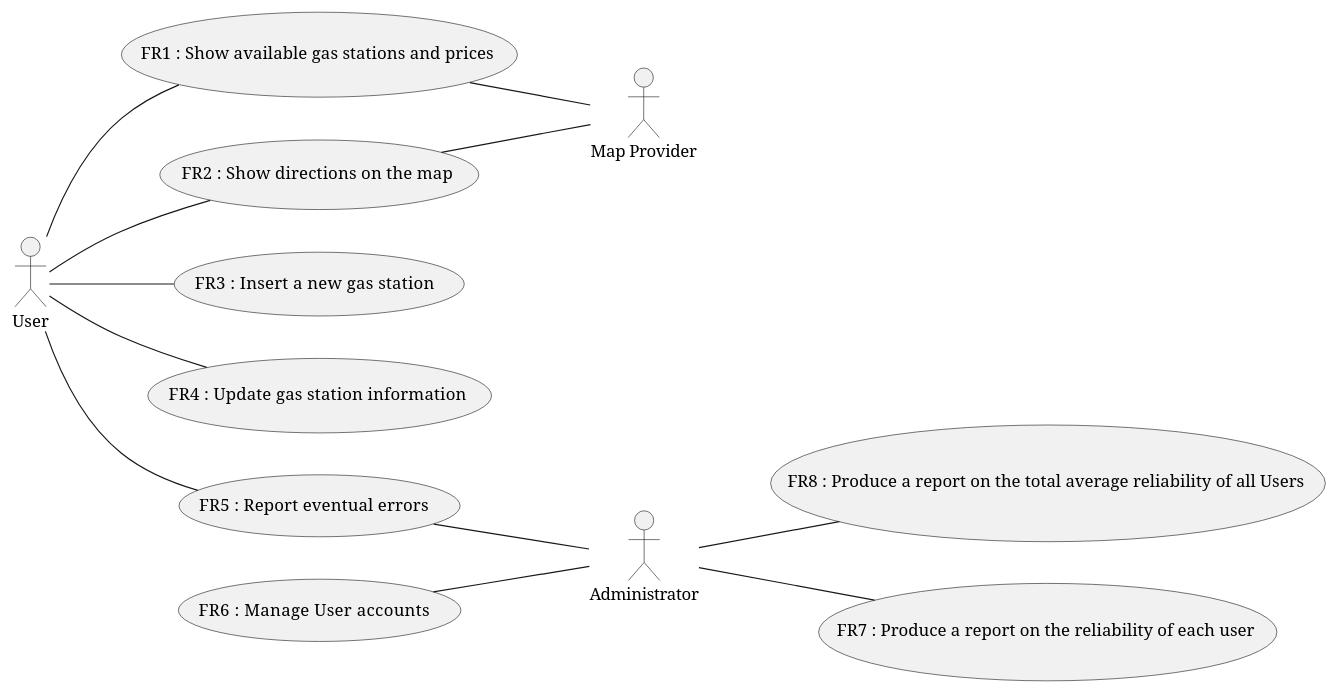
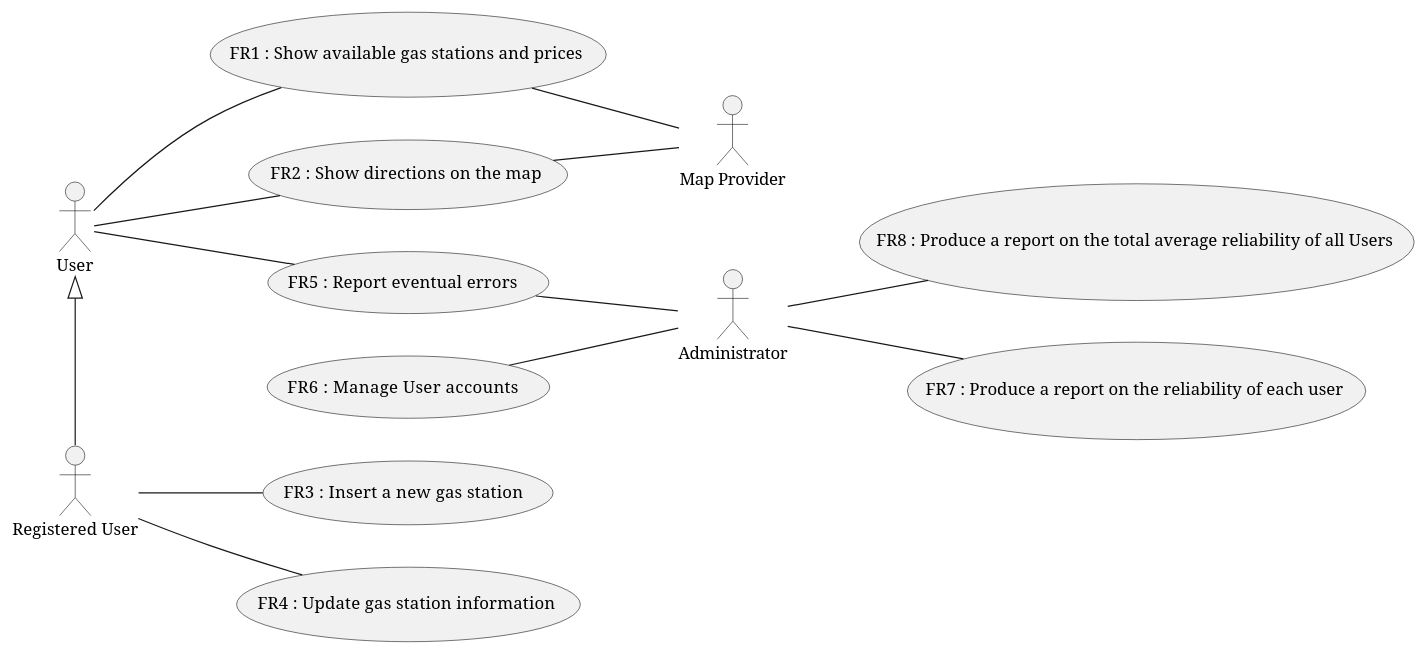
Before and after one commit to SoftengPoliTo/Lab2: the second of 3 diagrams in REQ_s276624.md, drawn with PlantUML. The commit also changed other lines of this file, not shown here.

````diff
--- a/REQ_s276624.md
+++ b/REQ_s276624.md
@@ -115,29 +122,32 @@
 ```plantuml
 @startuml
 left to right direction
 Actor User as U
 Actor Administrator as A
 Actor "Map Provider" as M  
+Actor "Registered User" as RU
+
 (FR1  :  Show available gas stations and prices ) as FR1
 (FR2  :  Show directions on the map ) as FR2
 (FR3  :  Insert a new gas station ) as FR3
 (FR4  :  Update gas station information ) as FR4
 (FR5  :  Report eventual errors ) as FR5
 (FR6  :  Manage User accounts ) as FR6
 (FR8  :  Produce a report on the total average reliability of all Users ) as FR8
 (FR7  :  Produce a report on the reliability of each user ) as FR7
 
 U -- FR1
 FR1 -- M
 U -- FR2
 FR2 -down- M
-U -- FR3
-U -- FR4
+U <|-right- RU
+RU -- FR3
+RU -- FR4
 U -- FR5
 FR5 -- A
 FR6 -- A
 A -- FR7
 A -- FR8
 
 @enduml
 ```
````
